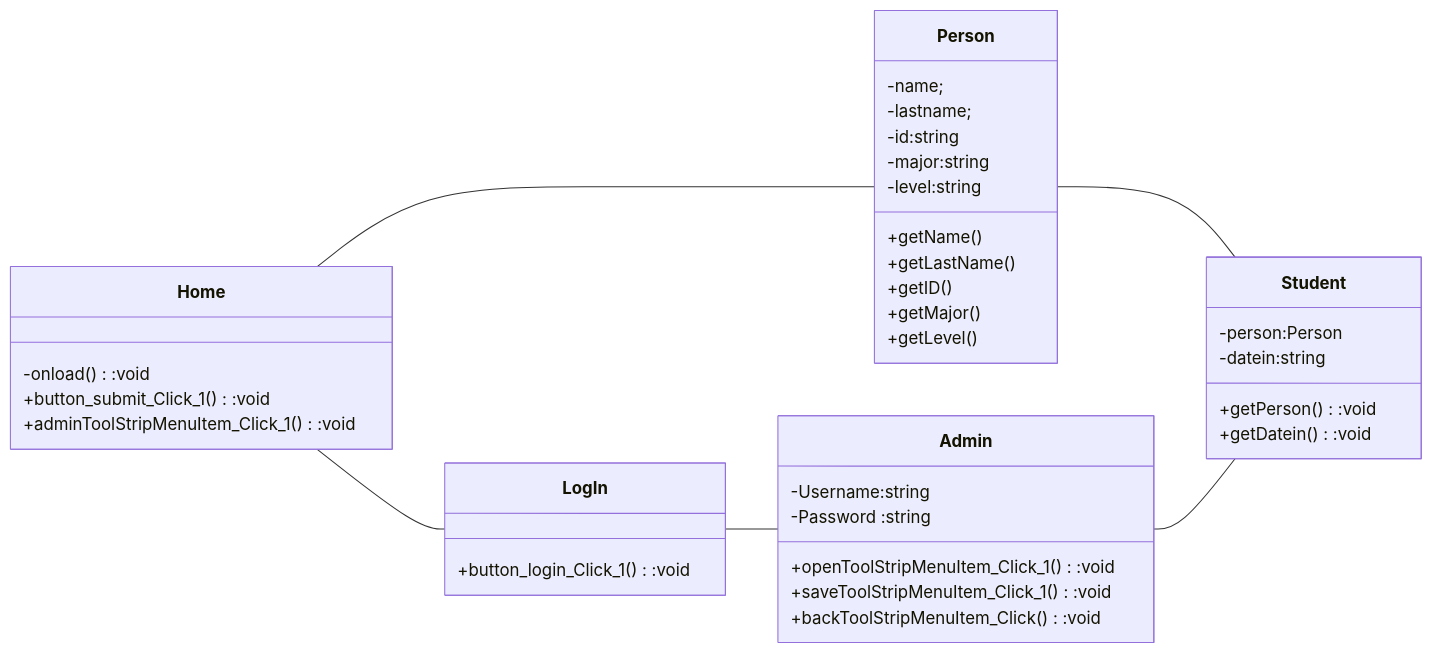
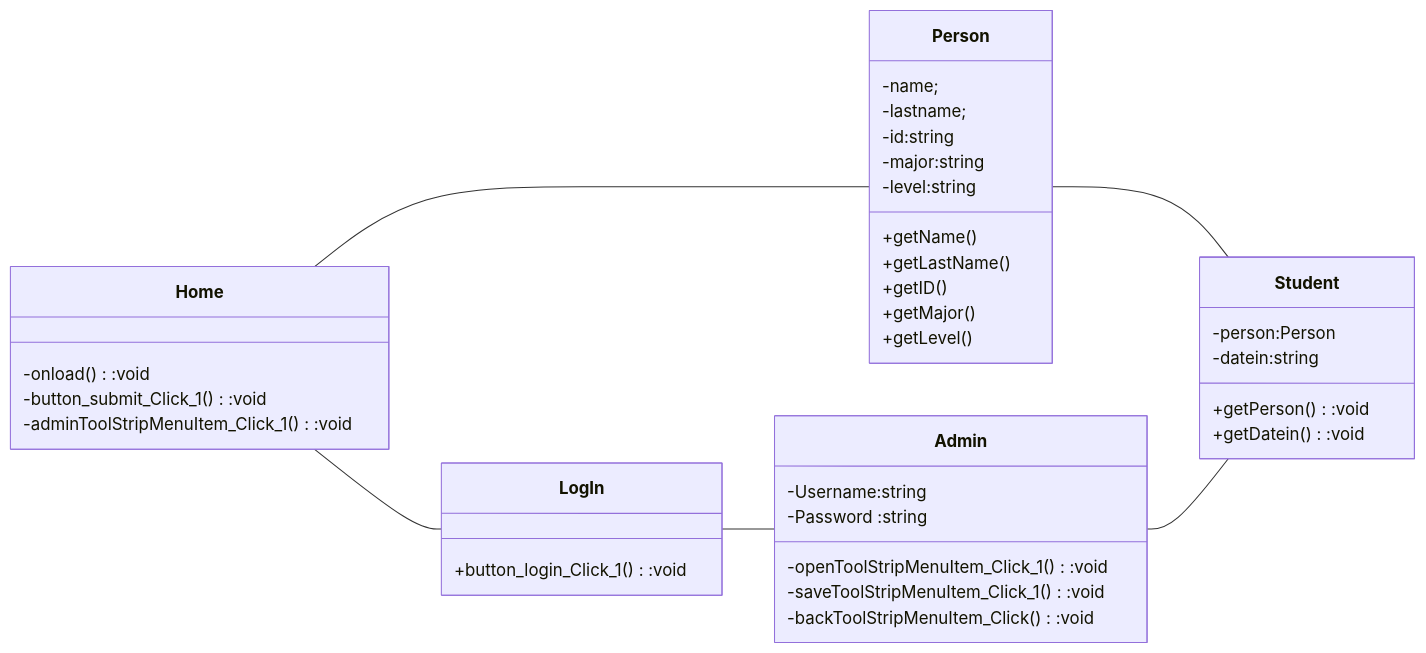
The diagram in ProjectRoom-main/README.md (MDM007MDM/FP), drawn with Mermaid before and after one commit.

````diff
--- a/ProjectRoom-main/README.md
+++ b/ProjectRoom-main/README.md
@@ -10,43 +10,43 @@
 ```Mermaid
 classDiagram
   direction LR
   class Home{
   -onload():void 
-  +button_submit_Click_1():void
-  +adminToolStripMenuItem_Click_1():void
+  -button_submit_Click_1():void
+  -adminToolStripMenuItem_Click_1():void
 }
   class LogIn{
   +button_login_Click_1():void
   }
   class Admin{
   -Username:string 
   -Password :string
-  +openToolStripMenuItem_Click_1():void
-  +saveToolStripMenuItem_Click_1():void
-  +backToolStripMenuItem_Click():void
+  -openToolStripMenuItem_Click_1():void
+  -saveToolStripMenuItem_Click_1():void
+  -backToolStripMenuItem_Click():void
   }
   class Person{
   -name;
   -lastname;
   -id:string
   -major:string
   -level:string
   +getName()
   +getLastName()
   +getID()
   +getMajor()
   +getLevel()
   }
   class Student{
   -person:Person
   -datein:string
   +getPerson():void
   +getDatein():void
   }
    Home -- LogIn
    Home -- Person 
    Person -- Student
    Log In -- Admin
    Admin -- Student
 
 ```
````
